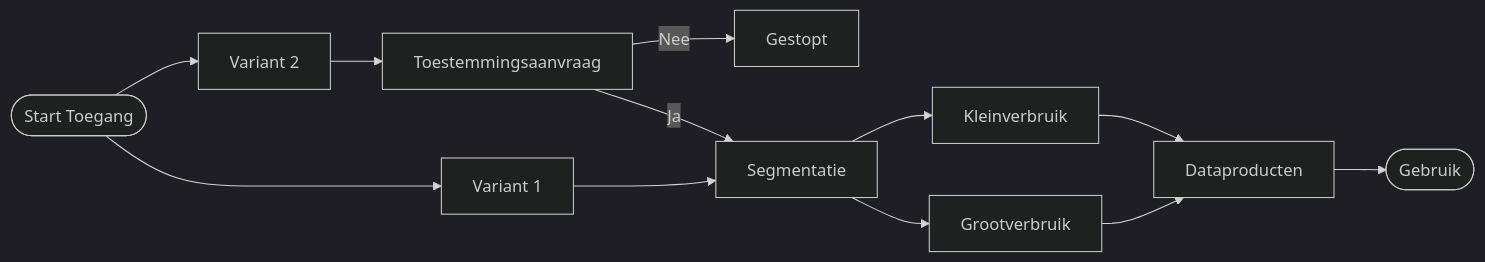
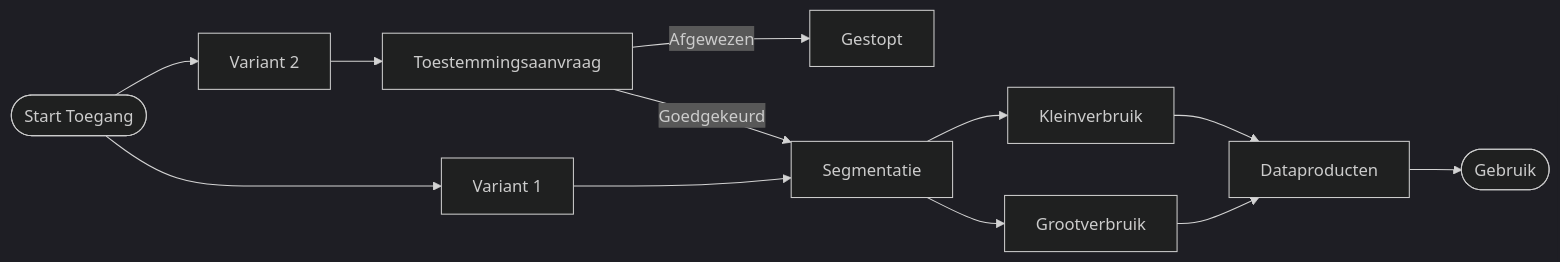
Before and after one commit to POORT8/Poort8.Docs: the diagram in dvu/README.md, drawn with Mermaid (dark theme). The commit also changed other lines of this file and 7 other files, not shown here.

````diff
--- a/dvu/README.md
+++ b/dvu/README.md
@@ -33,14 +25,14 @@
 ```mermaid
 flowchart LR
     Start([Start Toegang]) --> R1[Variant 1]
     Start --> R2[Variant 2]
     R2 --> Approve[Toestemmingsaanvraag]
-    Approve -->|Nee| Stop[Gestopt]
-    Approve -->|Ja| Seg[Segmentatie]
+    Approve -->|Afgewezen| Stop[Gestopt]
+    Approve -->|Goedgekeurd| Seg[Segmentatie]
     R1 --> Seg
     Seg --> KG[Kleinverbruik]
     Seg --> GG[Grootverbruik]
     KG --> Prod[Dataproducten]
     GG --> Prod
     Prod --> Done([Gebruik])
 ```
````
